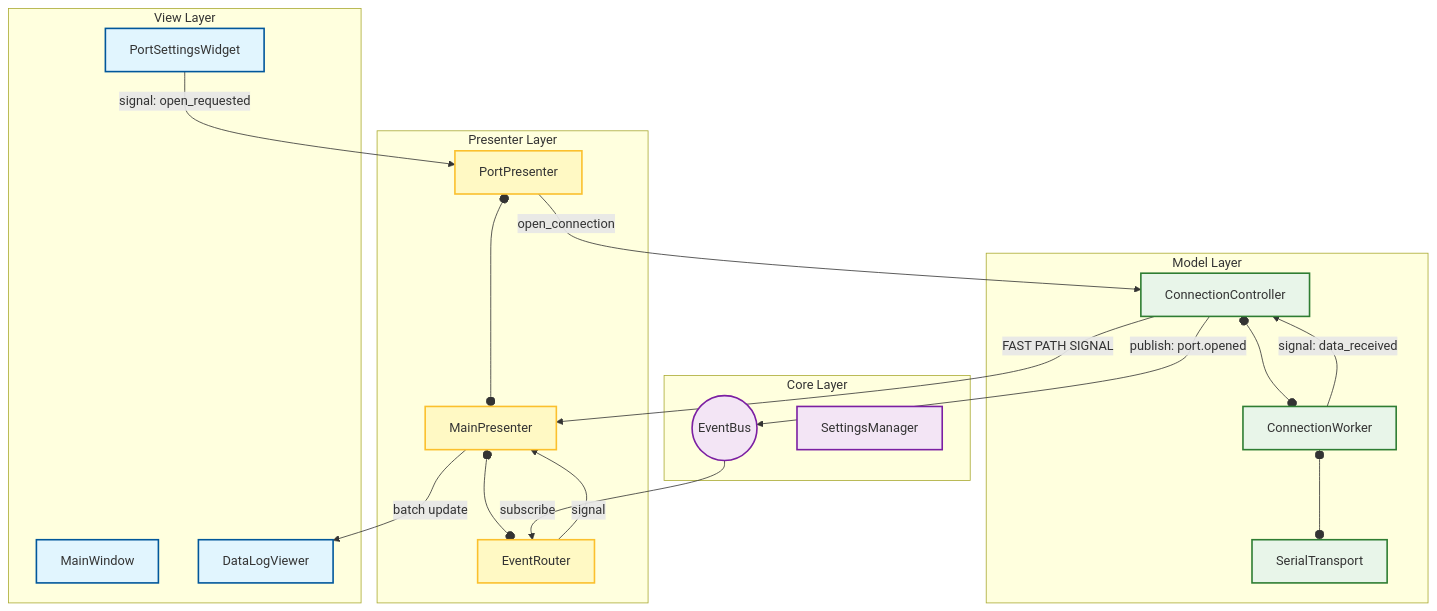
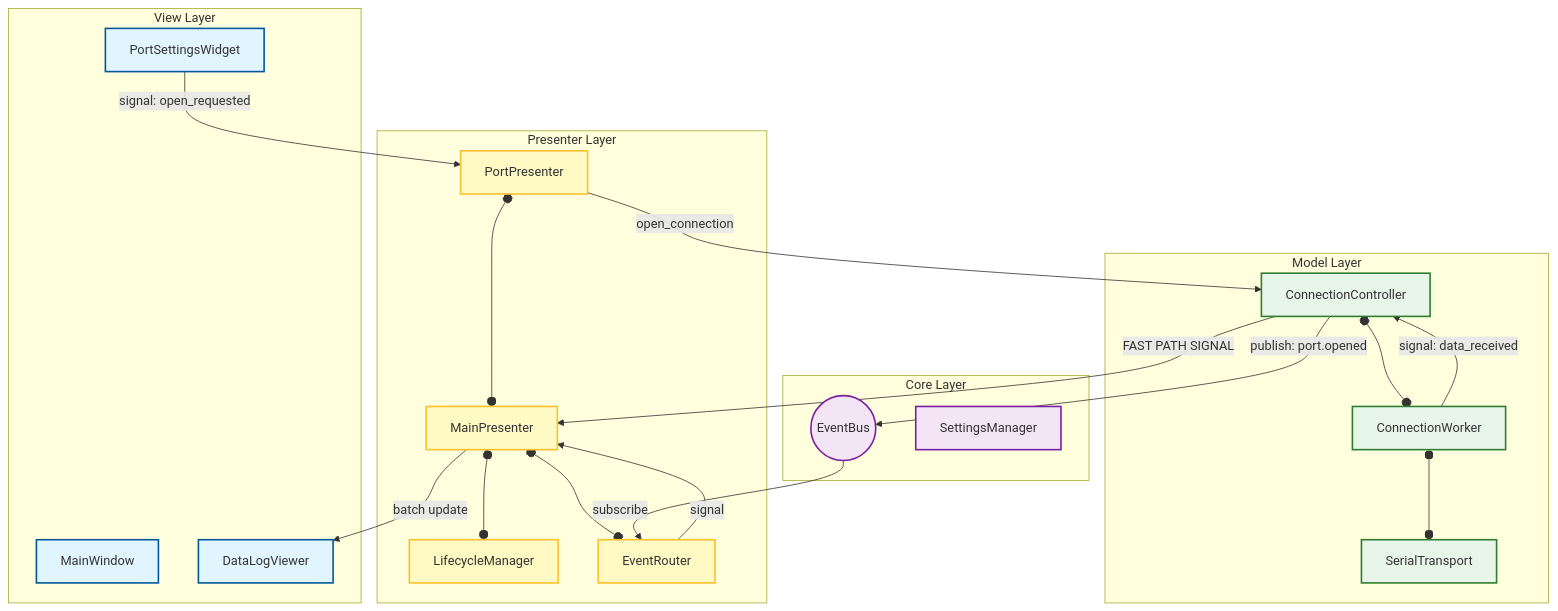
One commit to jincoder-mark0/serial_tool changed the diagram in README.md. Above: the diagram before and after it, drawn with Mermaid. The commit also changed other lines of this file and 3 other files, not shown here.

````diff
--- a/README.md
+++ b/README.md
@@ -278,56 +282,58 @@
 ```mermaid
 graph TD
     %% 스타일 정의
     classDef view fill:#e1f5fe,stroke:#01579b,stroke-width:2px;
     classDef presenter fill:#fff9c4,stroke:#fbc02d,stroke-width:2px;
     classDef model fill:#e8f5e9,stroke:#2e7d32,stroke-width:2px;
     classDef core fill:#f3e5f5,stroke:#7b1fa2,stroke-width:2px;
 
     subgraph VIEW_LAYER [View Layer]
         MW[MainWindow]
         DataLog[DataLogViewer]
         PortSettings[PortSettingsWidget]
     end
 
     subgraph PRESENTER_LAYER [Presenter Layer]
         MainP[MainPresenter]
+        Lifecycle[LifecycleManager]
         PortP[PortPresenter]
         Router[EventRouter]
     end
 
     subgraph CORE_LAYER [Core Layer]
         Bus((EventBus))
         Settings[SettingsManager]
     end
 
     subgraph MODEL_LAYER [Model Layer]
         PortCtrl[ConnectionController]
         ConnWorker[ConnectionWorker]
         Transport[SerialTransport]
     end
 
     %% 연결 관계
     PortSettings -- "signal: open_requested" --> PortP
+    MainP o--o Lifecycle
     MainP o--o PortP
     MainP o--o Router
 
     PortP -- "open_connection" --> PortCtrl
     PortCtrl o--o ConnWorker
     ConnWorker o--o Transport
 
     %% Fast Path
     ConnWorker -- "signal: data_received" --> PortCtrl
     PortCtrl -- "FAST PATH SIGNAL" --> MainP
     MainP -- "batch update" --> DataLog
 
     %% Slow Path
     PortCtrl -- "publish: port.opened" --> Bus
     Bus -- "subscribe" --> Router
     Router -- "signal" --> MainP
 
     %% Class Styling
     class MW,DataLog,PortSettings view;
-    class MainP,PortP,Router presenter;
+    class MainP,Lifecycle,PortP,Router presenter;
     class PortCtrl,ConnWorker,Transport model;
     class Bus,Settings core;
 ```
````
